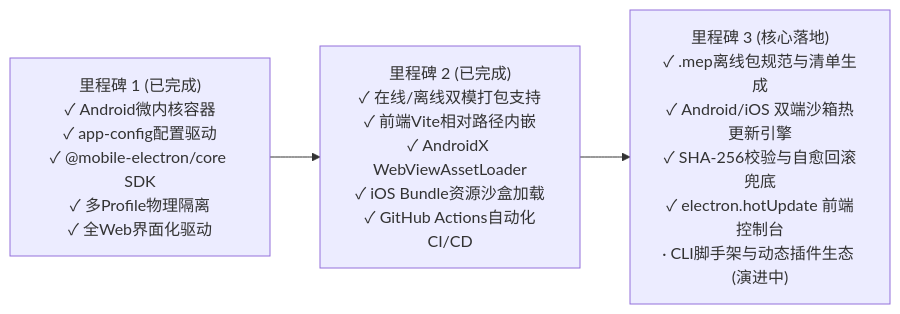
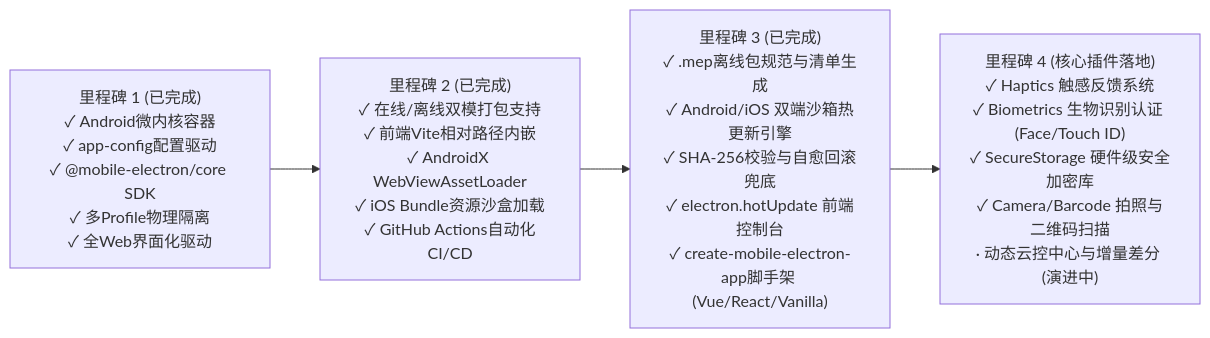
The diagram in docs/NEXT_PHASE_ROADMAP.md (gplwzz1989/mobile-electron), drawn with Mermaid before and after one commit. The commit also changed other lines of this file, not shown here.

Commit message:
docs: update NEXT_PHASE_ROADMAP.md reflecting Milestone 3 and Milestone 4 progress

````diff
--- a/docs/NEXT_PHASE_ROADMAP.md
+++ b/docs/NEXT_PHASE_ROADMAP.md
@@ -10,10 +10,12 @@
 ```mermaid
 flowchart LR
     M1["里程碑 1 (已完成)<br/>✓ Android微内核容器<br/>✓ app-config配置驱动<br/>✓ @mobile-electron/core SDK<br/>✓ 多Profile物理隔离<br/>✓ 全Web界面化驱动"]
     
     M2["里程碑 2 (已完成)<br/>✓ 在线/离线双模打包支持<br/>✓ 前端Vite相对路径内嵌<br/>✓ AndroidX WebViewAssetLoader<br/>✓ iOS Bundle资源沙盒加载<br/>✓ GitHub Actions自动化CI/CD"]
 
-    M3["里程碑 3 (核心落地)<br/>✓ .mep离线包规范与清单生成<br/>✓ Android/iOS 双端沙箱热更新引擎<br/>✓ SHA-256校验与自愈回滚兜底<br/>✓ electron.hotUpdate 前端控制台<br/>· CLI脚手架与动态插件生态 (演进中)"]
+    M3["里程碑 3 (已完成)<br/>✓ .mep离线包规范与清单生成<br/>✓ Android/iOS 双端沙箱热更新引擎<br/>✓ SHA-256校验与自愈回滚兜底<br/>✓ electron.hotUpdate 前端控制台<br/>✓ create-mobile-electron-app脚手架 (Vue/React/Vanilla)"]
 
-    M1 --> M2 --> M3
+    M4["里程碑 4 (核心插件落地)<br/>✓ Haptics 触感反馈系统<br/>✓ Biometrics 生物识别认证 (Face/Touch ID)<br/>✓ SecureStorage 硬件级安全加密库<br/>✓ Camera/Barcode 拍照与二维码扫描<br/>· 动态云控中心与增量差分 (演进中)"]
+
+    M1 --> M2 --> M3 --> M4
 ```
````
